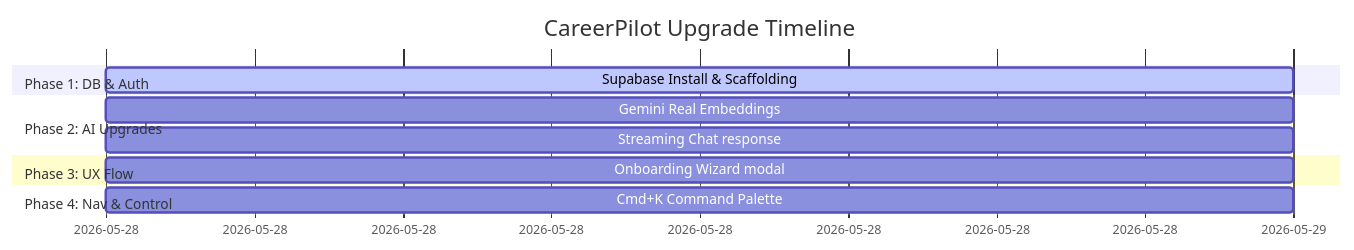
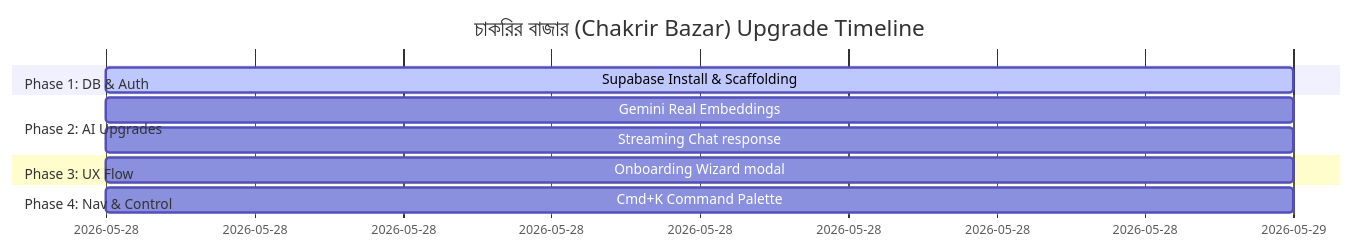
Before and after one commit to IsTu25/JobSearch: the diagram in UPGRADE_PLAN.md, drawn with Mermaid. The commit also changed other lines of this file and 5 other files, not shown here.

Commit message:
chore: purge all remaining careerpilot references, rename localStorage keys to chakrir_bazar

````diff
--- a/UPGRADE_PLAN.md
+++ b/UPGRADE_PLAN.md
@@ -9,14 +9,14 @@
 ```mermaid
 gantt
-    title CareerPilot Upgrade Timeline
+    title চাকরির বাজার (Chakrir Bazar) Upgrade Timeline
     dateFormat  YYYY-MM-DD
     section Phase 1: DB & Auth
     Supabase Install & Scaffolding  :active, 2026-05-28, 1d
     section Phase 2: AI Upgrades
     Gemini Real Embeddings          :2026-05-28, 1d
     Streaming Chat response         :2026-05-28, 1d
     section Phase 3: UX Flow
     Onboarding Wizard modal         :2026-05-28, 1d
     section Phase 4: Nav & Control
     Cmd+K Command Palette           :2026-05-28, 1d
 ```
````
